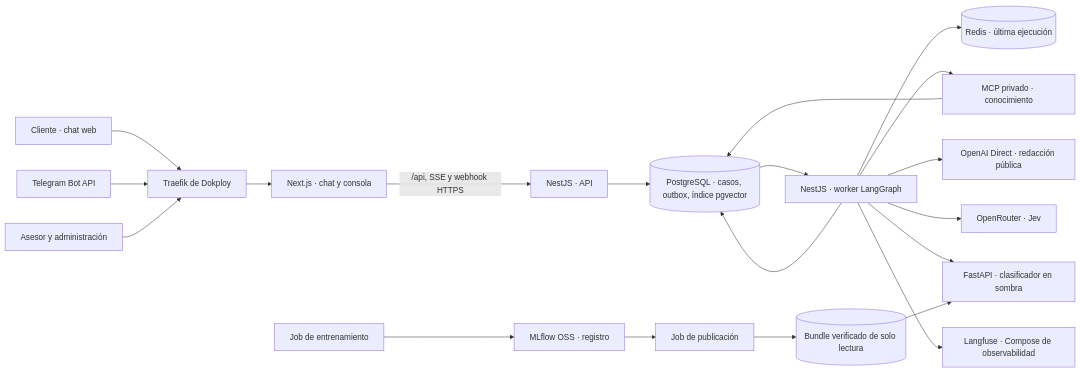
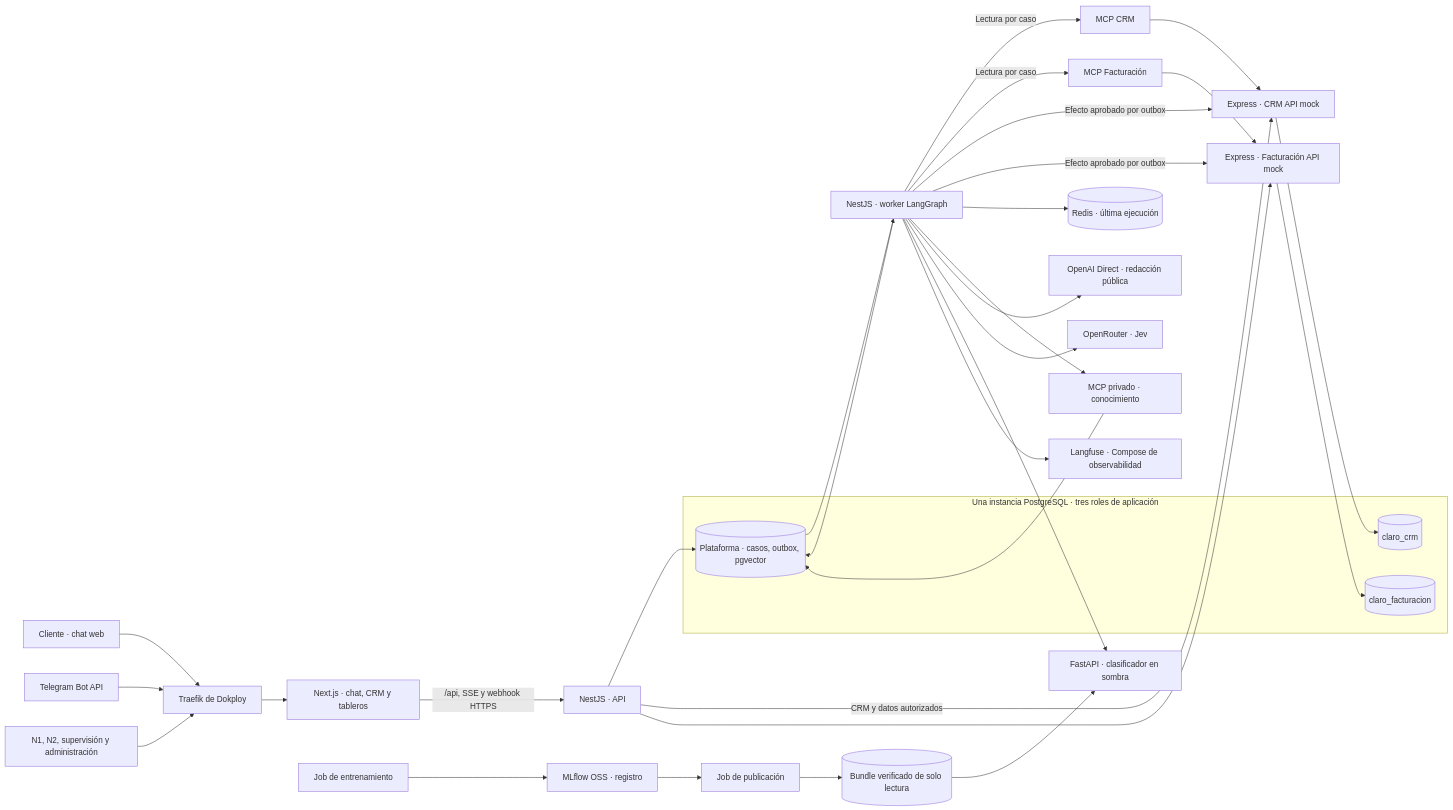
One commit to williamvp10/claro-copilot changed the first of 2 diagrams in docs/02-arquitectura-docker.md. Above: the diagram before and after it, drawn with Mermaid. The commit also changed other lines of this file and 131 other files, not shown here.

````diff
--- a/docs/02-arquitectura-docker.md
+++ b/docs/02-arquitectura-docker.md
@@ -9,22 +11,37 @@
 ```mermaid
 flowchart LR
   C["Cliente · chat web"] --> Edge["Traefik de Dokploy"]
   T["Telegram Bot API"] --> Edge
-  A["Asesor y administración"] --> Edge
-  Edge --> Web["Next.js · chat y consola"]
+  A["N1, N2, supervisión y administración"] --> Edge
+  Edge --> Web["Next.js · chat, CRM y tableros"]
   Web -->|"/api, SSE y webhook HTTPS"| API["NestJS · API"]
-  API --> PG[("PostgreSQL · casos, outbox, índice pgvector")]
+  subgraph Postgres["Una instancia PostgreSQL · tres roles de aplicación"]
+    PG[("Plataforma · casos, outbox, pgvector")]
+    CDB[("claro_crm")]
+    BDB[("claro_facturacion")]
+  end
+  API --> PG
+  API -->|"CRM y datos autorizados"| CRM["Express · CRM API mock"]
+  API --> Billing["Express · Facturación API mock"]
+  Worker -->|"Lectura por caso"| CRMMCP["MCP CRM"]
+  Worker -->|"Lectura por caso"| BillingMCP["MCP Facturación"]
+  CRMMCP --> CRM
+  BillingMCP --> Billing
+  Worker -->|"Efecto aprobado por outbox"| CRM
+  Worker -->|"Efecto aprobado por outbox"| Billing
+  CRM --> CDB
+  Billing --> BDB
   PG --> Worker["NestJS · worker LangGraph"]
   Worker --> PG
   Worker --> Redis[("Redis · última ejecución")]
   Worker --> MCP["MCP privado · conocimiento"]
   MCP --> PG
   Worker --> OpenAI["OpenAI Direct · redacción pública"]
   Worker --> Jev["OpenRouter · Jev"]
   Worker --> ML["FastAPI · clasificador en sombra"]
   Worker --> LF["Langfuse · Compose de observabilidad"]
   Train["Job de entrenamiento"] --> Reg["MLflow OSS · registro"]
   Reg --> Release["Job de publicación"]
   Release --> Bundle[("Bundle verificado de solo lectura")]
   Bundle --> ML
 ```
````
